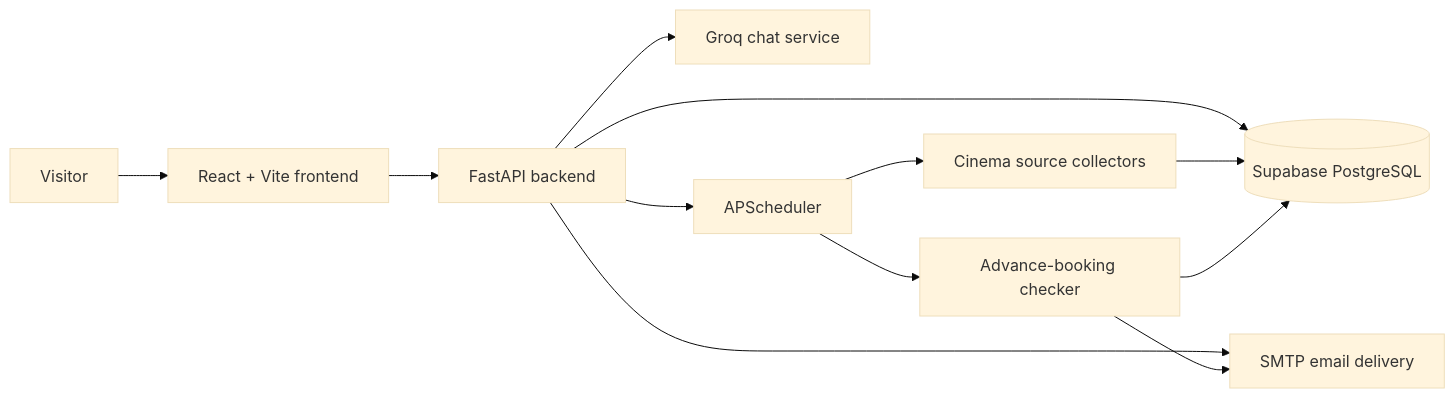
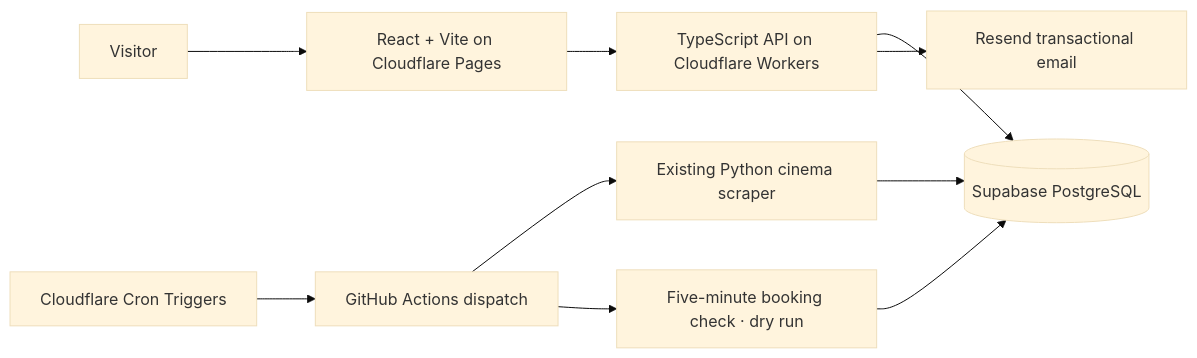
One commit to damnalee/filmup changed the diagram in README.md. Above: the diagram before and after it, drawn with Mermaid (base theme). The commit also changed other lines of this file and 21 other files, not shown here.

Commit message:
feat: add Cloudflare API and Resend notifications

````diff
--- a/README.md
+++ b/README.md
@@ -71,14 +71,12 @@
 ```mermaid
 flowchart LR
-    U[Visitor] --> FE[React + Vite frontend]
-    FE --> API[FastAPI backend]
+    U[Visitor] --> FE[React + Vite on Cloudflare Pages]
+    FE --> API[TypeScript API on Cloudflare Workers]
     API --> DB[(Supabase PostgreSQL)]
-    SCR[Cinema source collectors] --> DB
-    API --> AI[Groq chat service]
-    API --> MAIL[SMTP email delivery]
-    API --> SCHED[APScheduler]
-    SCHED --> SCR
-    SCHED --> ALERT[Advance-booking checker]
-    ALERT --> DB
-    ALERT --> MAIL
+    CRON[Cloudflare Cron Triggers] --> DISPATCH[GitHub Actions dispatch]
+    DISPATCH --> SCR[Existing Python cinema scraper]
+    DISPATCH --> CHECK[Five-minute booking check · dry run]
+    SCR --> DB
+    CHECK --> DB
+    API --> MAIL[Resend transactional email]
 ```
````
